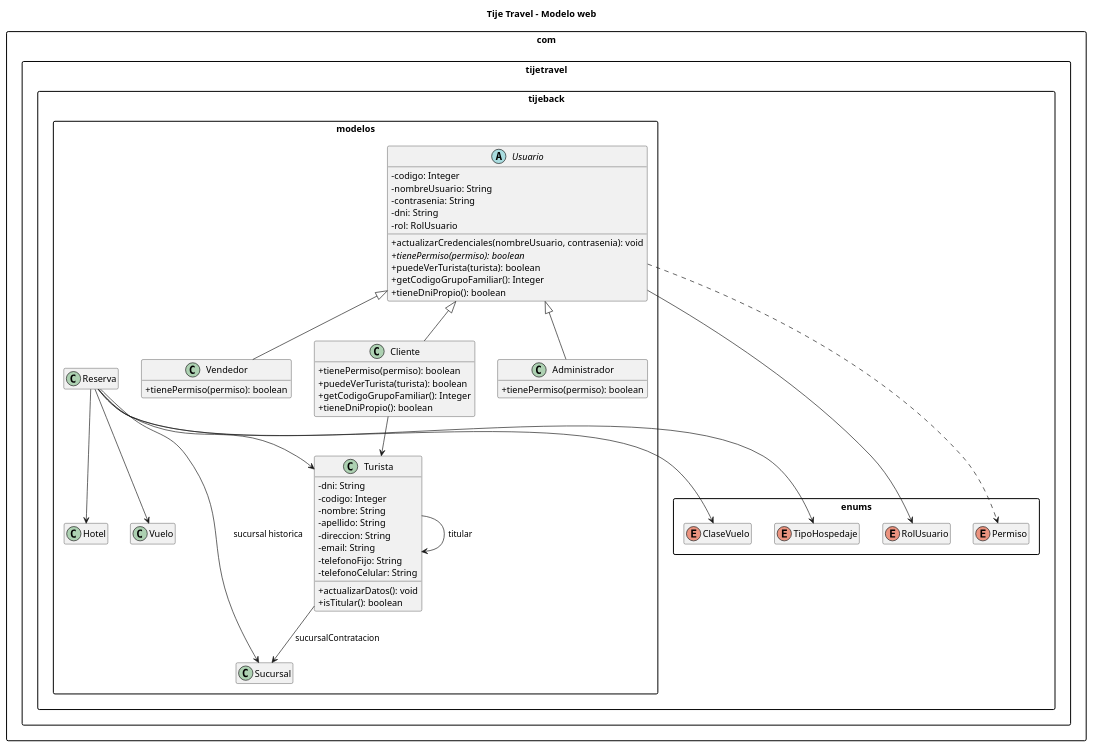
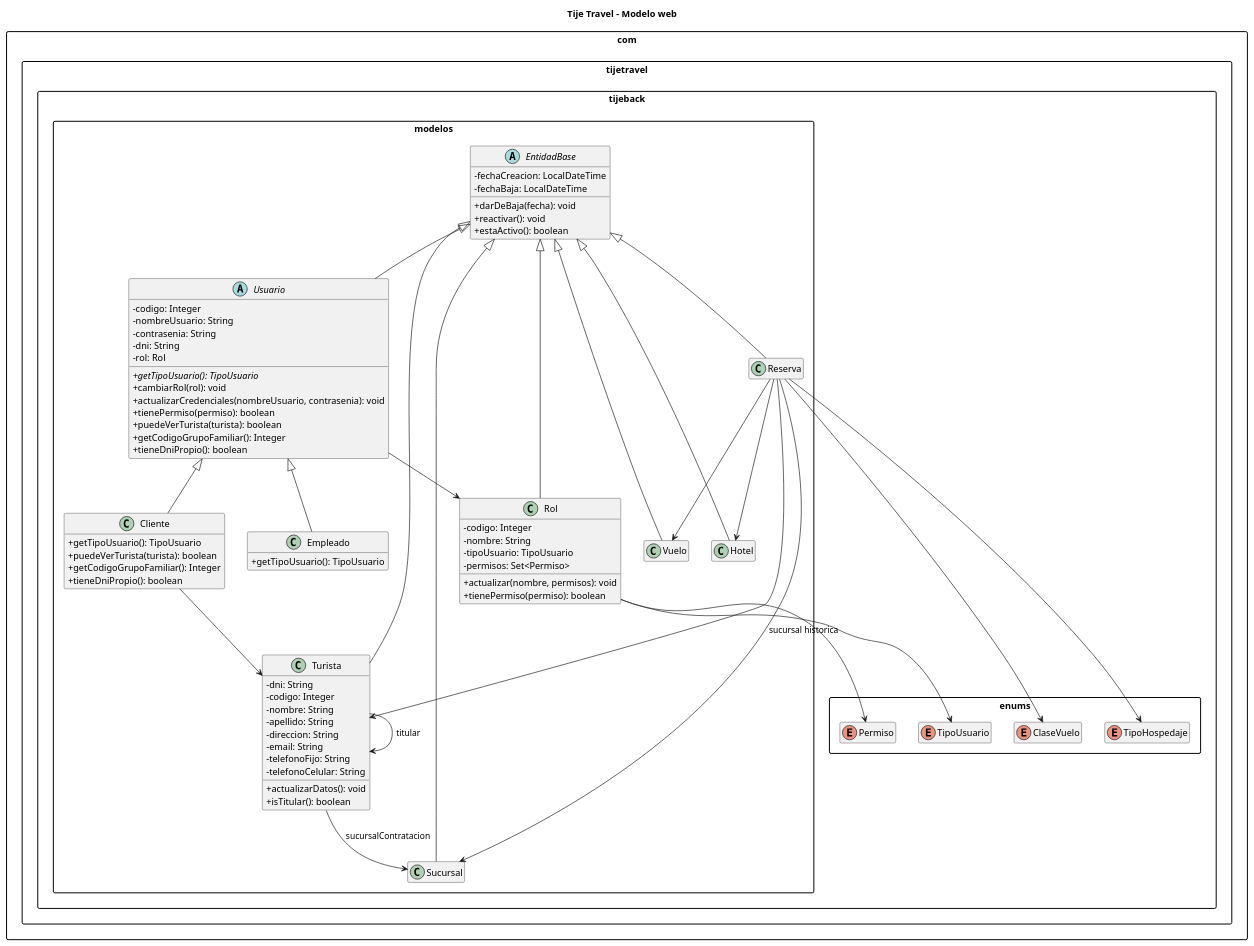
The first of 2 diagrams in docs/uml-tijetravel.puml (migmik/TPPrograII), drawn with PlantUML before and after one commit. The commit also changed other lines of this file, not shown here.

Commit message:
docs: actualiza el diagrama PlantUML con roles y EntidadBase
Se reemplazan Administrador, Vendedor y RolUsuario por Empleado, Rol y TipoUsuario, igual que en el UML en markdown.

```diff
--- a/docs/uml-tijetravel.puml
+++ b/docs/uml-tijetravel.puml
@@ -1,74 +1,95 @@
 @startuml TijeTravel_Modelo_Web
 title Tije Travel - Modelo web
 
 skinparam classAttributeIconSize 0
 skinparam shadowing false
 skinparam packageStyle rectangle
 hide empty members
 
 package "com.tijetravel.tijeback.enums" {
-    enum RolUsuario
+    enum TipoUsuario
     enum Permiso
     enum ClaseVuelo
     enum TipoHospedaje
 }
 
 package "com.tijetravel.tijeback.modelos" {
+    abstract class EntidadBase {
+        - fechaCreacion: LocalDateTime
+        - fechaBaja: LocalDateTime
+        + darDeBaja(fecha): void
+        + reactivar(): void
+        + estaActivo(): boolean
+    }
+    class Rol {
+        - codigo: Integer
+        - nombre: String
+        - tipoUsuario: TipoUsuario
+        - permisos: Set<Permiso>
+        + actualizar(nombre, permisos): void
+        + tienePermiso(permiso): boolean
+    }
     abstract class Usuario {
         - codigo: Integer
         - nombreUsuario: String
         - contrasenia: String
         - dni: String
-        - rol: RolUsuario
+        - rol: Rol
+        + {abstract} getTipoUsuario(): TipoUsuario
+        + cambiarRol(rol): void
         + actualizarCredenciales(nombreUsuario, contrasenia): void
-        + {abstract} tienePermiso(permiso): boolean
+        + tienePermiso(permiso): boolean
         + puedeVerTurista(turista): boolean
         + getCodigoGrupoFamiliar(): Integer
         + tieneDniPropio(): boolean
     }
-    class Administrador {
-        + tienePermiso(permiso): boolean
-    }
-    class Vendedor {
-        + tienePermiso(permiso): boolean
+    class Empleado {
+        + getTipoUsuario(): TipoUsuario
     }
     class Cliente {
-        + tienePermiso(permiso): boolean
+        + getTipoUsuario(): TipoUsuario
         + puedeVerTurista(turista): boolean
         + getCodigoGrupoFamiliar(): Integer
         + tieneDniPropio(): boolean
     }
     class Turista {
         - dni: String
         - codigo: Integer
         - nombre: String
         - apellido: String
         - direccion: String
         - email: String
         - telefonoFijo: String
         - telefonoCelular: String
         + actualizarDatos(): void
         + isTitular(): boolean
     }
     class Sucursal
     class Hotel
     class Vuelo
     class Reserva
 }
 
-Usuario <|-- Administrador
-Usuario <|-- Vendedor
+EntidadBase <|-- Usuario
+EntidadBase <|-- Rol
+EntidadBase <|-- Turista
+EntidadBase <|-- Sucursal
+EntidadBase <|-- Hotel
+EntidadBase <|-- Vuelo
+EntidadBase <|-- Reserva
+Usuario <|-- Empleado
 Usuario <|-- Cliente
 Cliente --> Turista
 Turista --> Sucursal : sucursalContratacion
 Turista --> Turista : titular
 Reserva --> Turista
 Reserva --> Sucursal : sucursal historica
 Reserva --> Vuelo
 Reserva --> Hotel
 Reserva --> ClaseVuelo
 Reserva --> TipoHospedaje
-Usuario --> RolUsuario
-Usuario ..> Permiso
+Usuario --> Rol
+Rol --> TipoUsuario
+Rol --> Permiso
 
 @enduml
```
